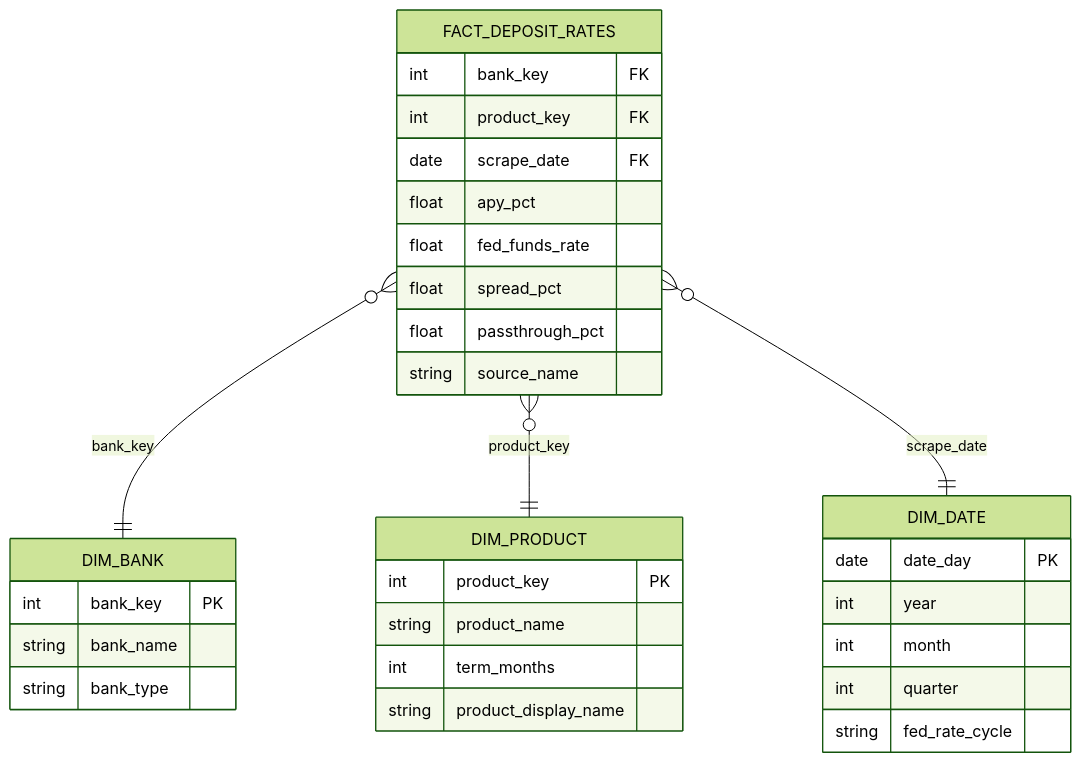
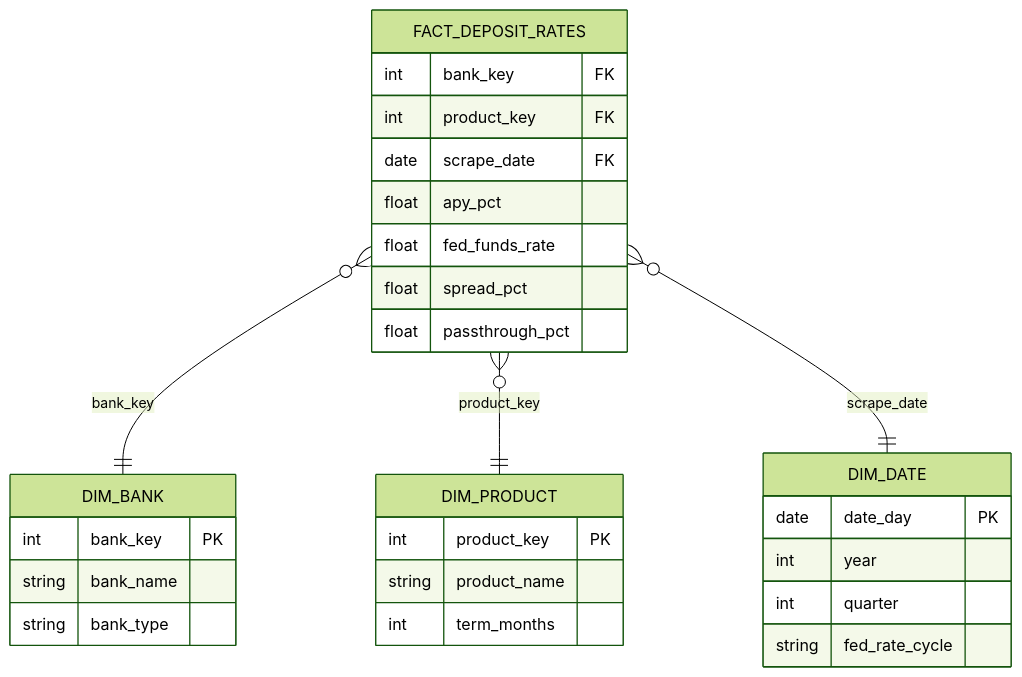
One commit to DanielDistor/bankpick changed the diagram in README.md. Above: the diagram before and after it, drawn with Mermaid (forest theme). The commit also changed other lines of this file and 12 other files, not shown here.

Commit message:
docs: README rewrite with screenshots, live links, architecture and data quality

````diff
--- a/README.md
+++ b/README.md
@@ -80,35 +80,31 @@
 ```mermaid
 erDiagram
+    FACT_DEPOSIT_RATES }o--|| DIM_BANK : bank_key
+    FACT_DEPOSIT_RATES }o--|| DIM_PRODUCT : product_key
+    FACT_DEPOSIT_RATES }o--|| DIM_DATE : scrape_date
     FACT_DEPOSIT_RATES {
         int bank_key FK
         int product_key FK
         date scrape_date FK
         float apy_pct
         float fed_funds_rate
         float spread_pct
         float passthrough_pct
-        string source_name
     }
     DIM_BANK {
         int bank_key PK
         string bank_name
         string bank_type
     }
     DIM_PRODUCT {
         int product_key PK
         string product_name
         int term_months
-        string product_display_name
     }
     DIM_DATE {
         date date_day PK
         int year
-        int month
         int quarter
         string fed_rate_cycle
     }
-
-    FACT_DEPOSIT_RATES }o--|| DIM_BANK : "bank_key"
-    FACT_DEPOSIT_RATES }o--|| DIM_PRODUCT : "product_key"
-    FACT_DEPOSIT_RATES }o--|| DIM_DATE : "scrape_date"
 ```
````
